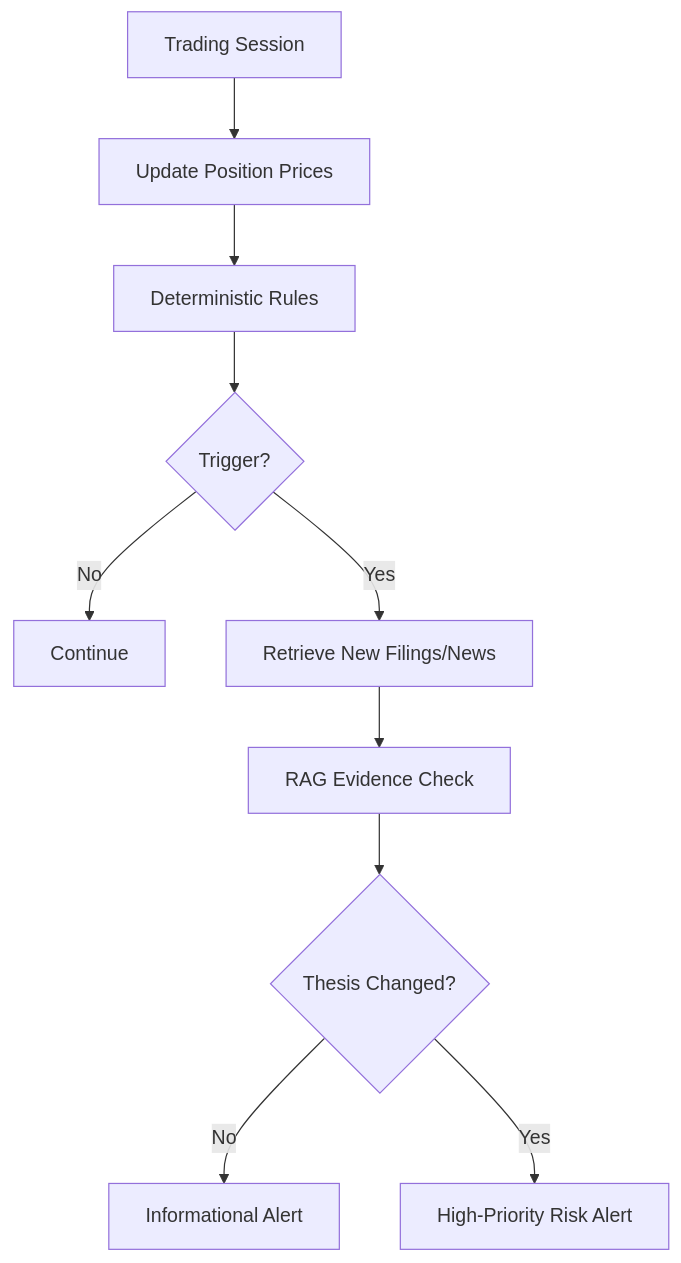
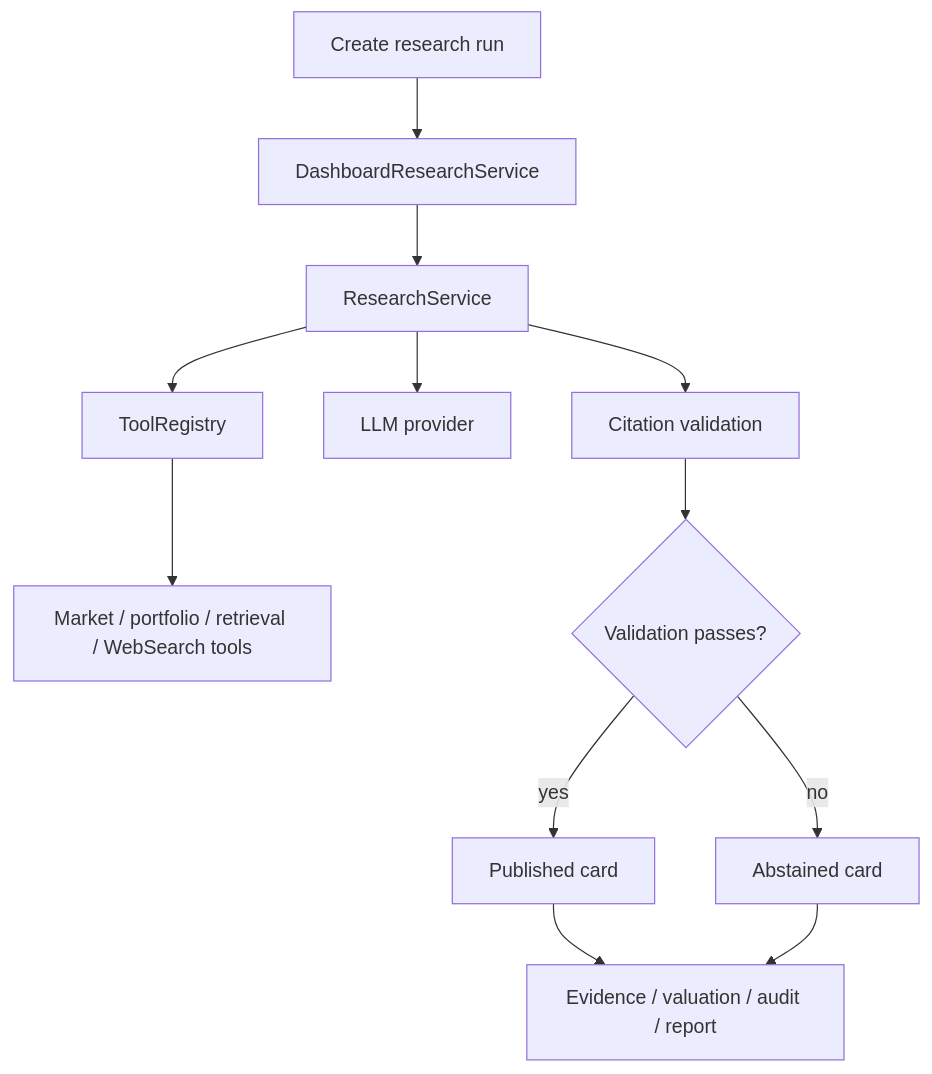
One commit to RickyW0529/Margin changed the third of 4 diagrams in docs/design/v0.1/product/Margin_Product_Design_v0.1_EN.md. Above: the diagram before and after it, drawn with Mermaid. The commit also changed other lines of this file and 171 other files, not shown here.

````diff
--- a/docs/design/v0.1/product/Margin_Product_Design_v0.1_EN.md
+++ b/docs/design/v0.1/product/Margin_Product_Design_v0.1_EN.md
@@ -234,12 +113,14 @@
 ```mermaid
 flowchart TD
-    A[Trading Session] --> B[Update Position Prices]
-    B --> C[Deterministic Rules]
-    C --> D{Trigger?}
-    D -->|No| E[Continue]
-    D -->|Yes| F[Retrieve New Filings/News]
-    F --> G[RAG Evidence Check]
-    G --> H{Thesis Changed?}
-    H -->|No| I[Informational Alert]
-    H -->|Yes| J[High-Priority Risk Alert]
+    A[Create research run] --> B[DashboardResearchService]
+    B --> C[ResearchService]
+    C --> D[ToolRegistry]
+    D --> E[Market / portfolio / retrieval / WebSearch tools]
+    C --> F[LLM provider]
+    C --> G[Citation validation]
+    G --> H{Validation passes?}
+    H -->|yes| P[Published card]
+    H -->|no| Q[Abstained card]
+    P --> R[Evidence / valuation / audit / report]
+    Q --> R
 ```
````
